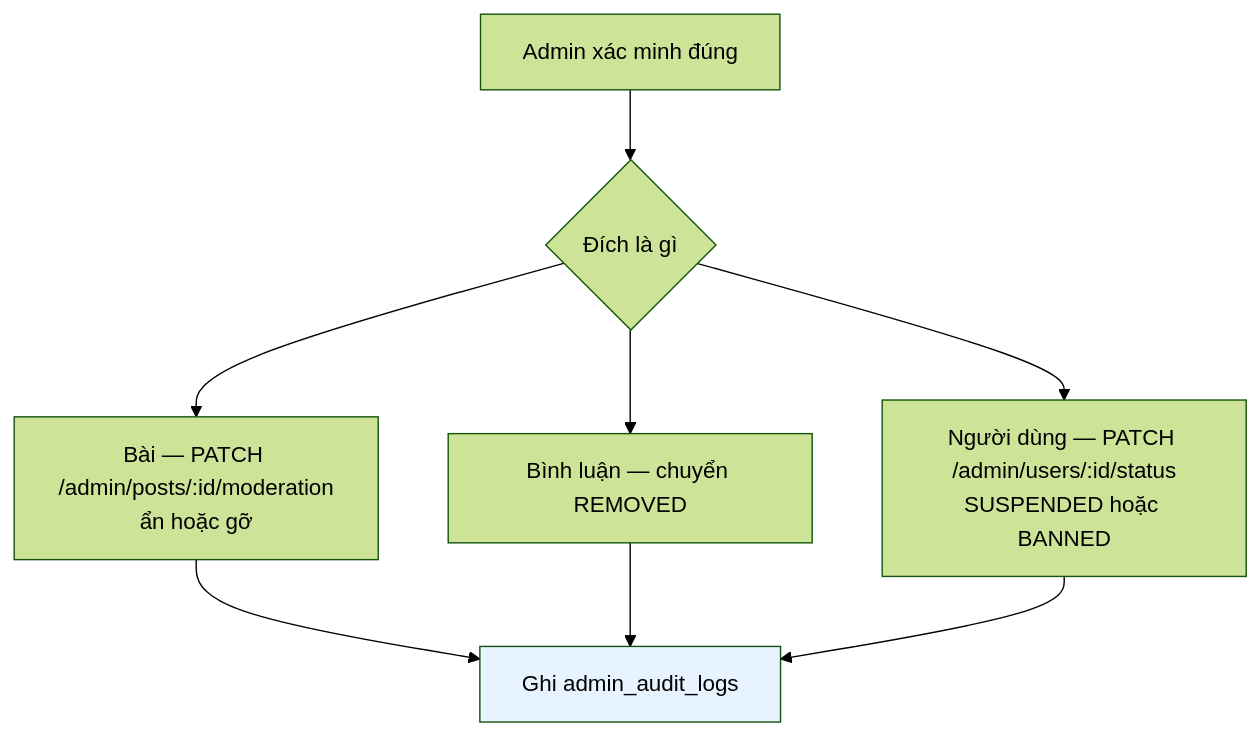
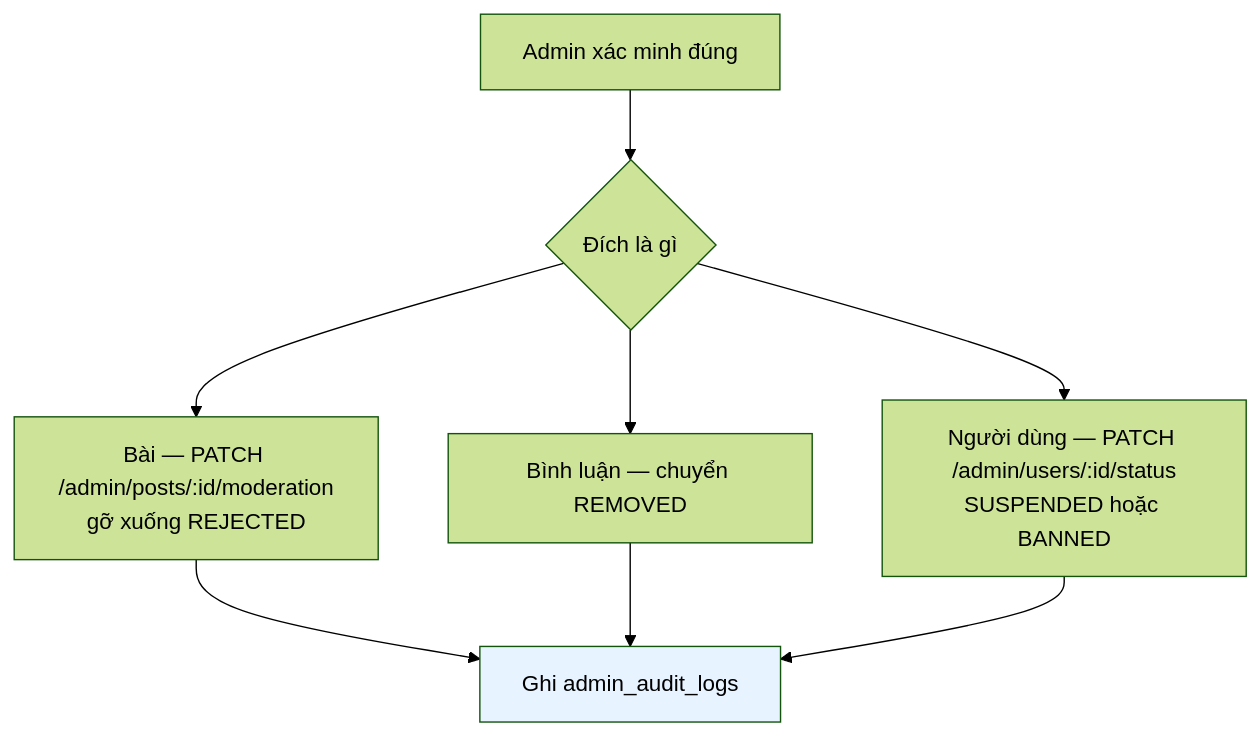
One commit to fdshn/trueheart changed the fifth of 5 diagrams in docs/diagram/15-report.md. Above: the diagram before and after it, drawn with Mermaid (forest theme). The commit also changed 30 other files, not shown here.

````diff
--- a/docs/diagram/15-report.md
+++ b/docs/diagram/15-report.md
@@ -98,11 +98,11 @@
 ```mermaid
 flowchart TD
     A[Admin xác minh đúng] --> B{Đích là gì}
-    B --> C["Bài — PATCH /admin/posts/:id/moderation<br/>ẩn hoặc gỡ"]
+    B --> C["Bài — PATCH /admin/posts/:id/moderation<br/>gỡ xuống REJECTED"]
     B --> D["Bình luận — chuyển REMOVED"]
     B --> E["Người dùng — PATCH /admin/users/:id/status<br/>SUSPENDED hoặc BANNED"]
 
     C & D & E --> F[Ghi admin_audit_logs]
 
     style F fill:#e7f3ff
 ```
````
